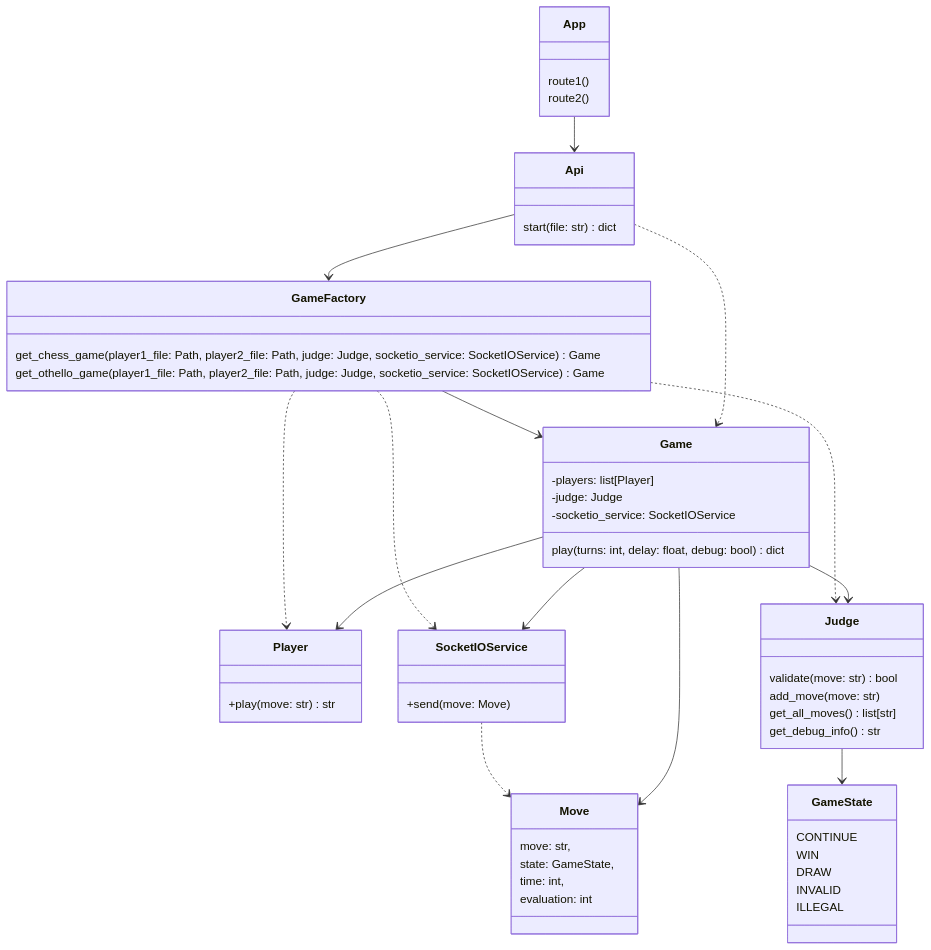
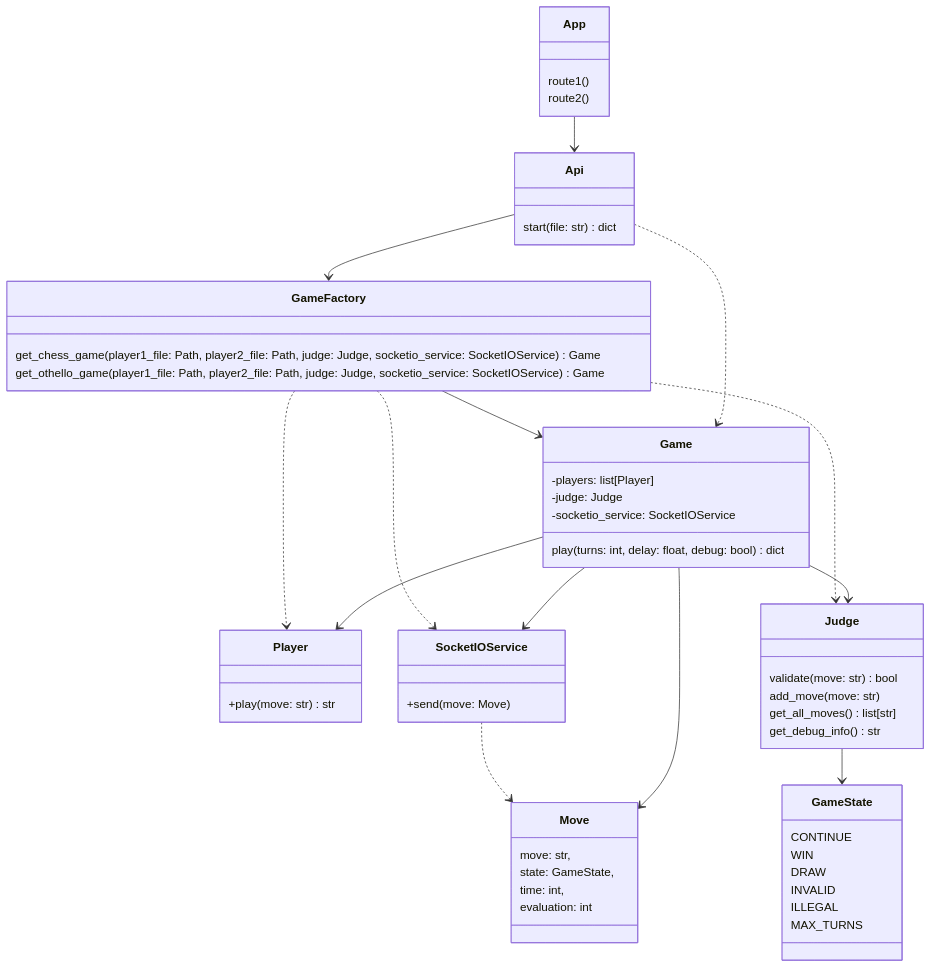
One commit to game-ai-platform-team/tira-ai-platform changed the third of 3 diagrams in docs/architecture.md. Above: the diagram before and after it, drawn with Mermaid. The commit also changed 4 other files, not shown here.

Commit message:
feat: Add game state MAX_TURNS when game ends because too many turns

````diff
--- a/docs/architecture.md
+++ b/docs/architecture.md
@@ -92,70 +92,71 @@
 ```mermaid
 classDiagram
 
 App --> Api
 Api ..> Game
 Api --> GameFactory
 Game --> Player
 Game --> Judge
 Game --> Move
 Game --> SocketIOService
 GameFactory --> Game
 GameFactory ..> Judge
 GameFactory ..> Player
 GameFactory ..> SocketIOService
 Judge --> GameState
 
 SocketIOService ..> Move
 
 class GameFactory {
     get_chess_game(player1_file: Path, player2_file: Path, judge: Judge, socketio_service: SocketIOService) Game
     get_othello_game(player1_file: Path, player2_file: Path, judge: Judge, socketio_service: SocketIOService) Game
 }
 
 class Game {
     -players: list[Player]
     -judge: Judge
     -socketio_service: SocketIOService
 
     play(turns: int, delay: float, debug: bool) dict
 }
 
 class SocketIOService {
     +send(move: Move)
 }
 
 class Judge {
     validate(move: str) bool
     add_move(move: str)
     get_all_moves() list[str]
     get_debug_info() str
 }
 
 class Player {
     +play(move: str) str
 }
 
 class GameState {
     CONTINUE
     WIN
     DRAW
     INVALID
     ILLEGAL
+    MAX_TURNS
 }
 
 class Move {
     move: str,
     state: GameState,
     time: int,
     evaluation: int
 }
 
 class Api {
     start(file: str) dict
 }
 
 class App {
     route1()
     route2()
 }
 ```
````
